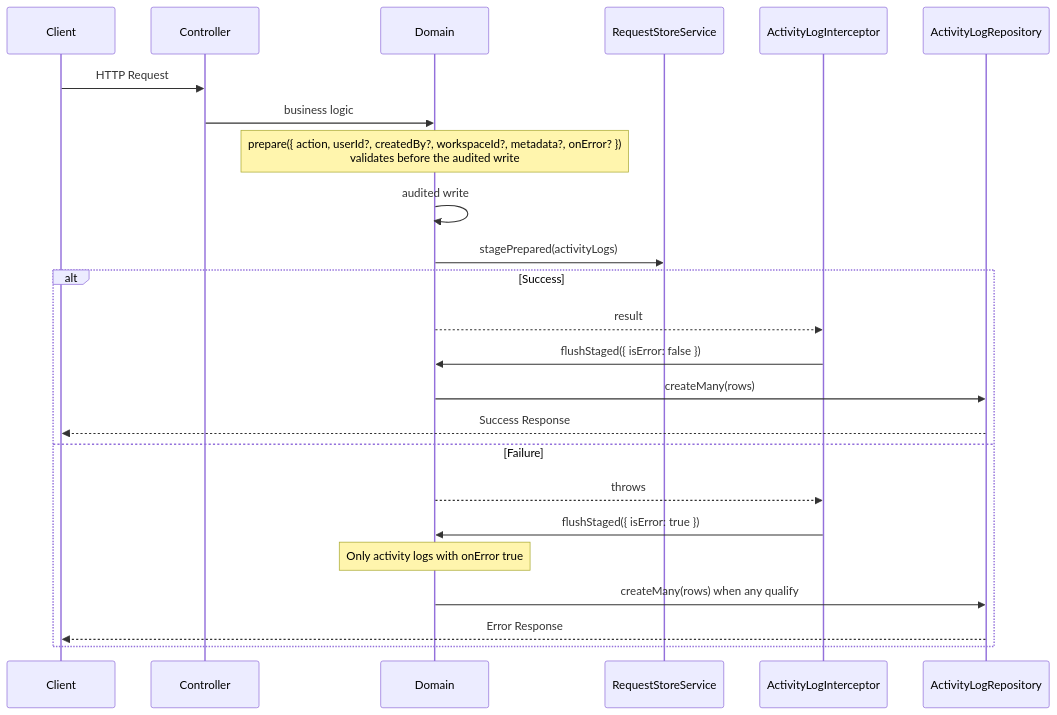
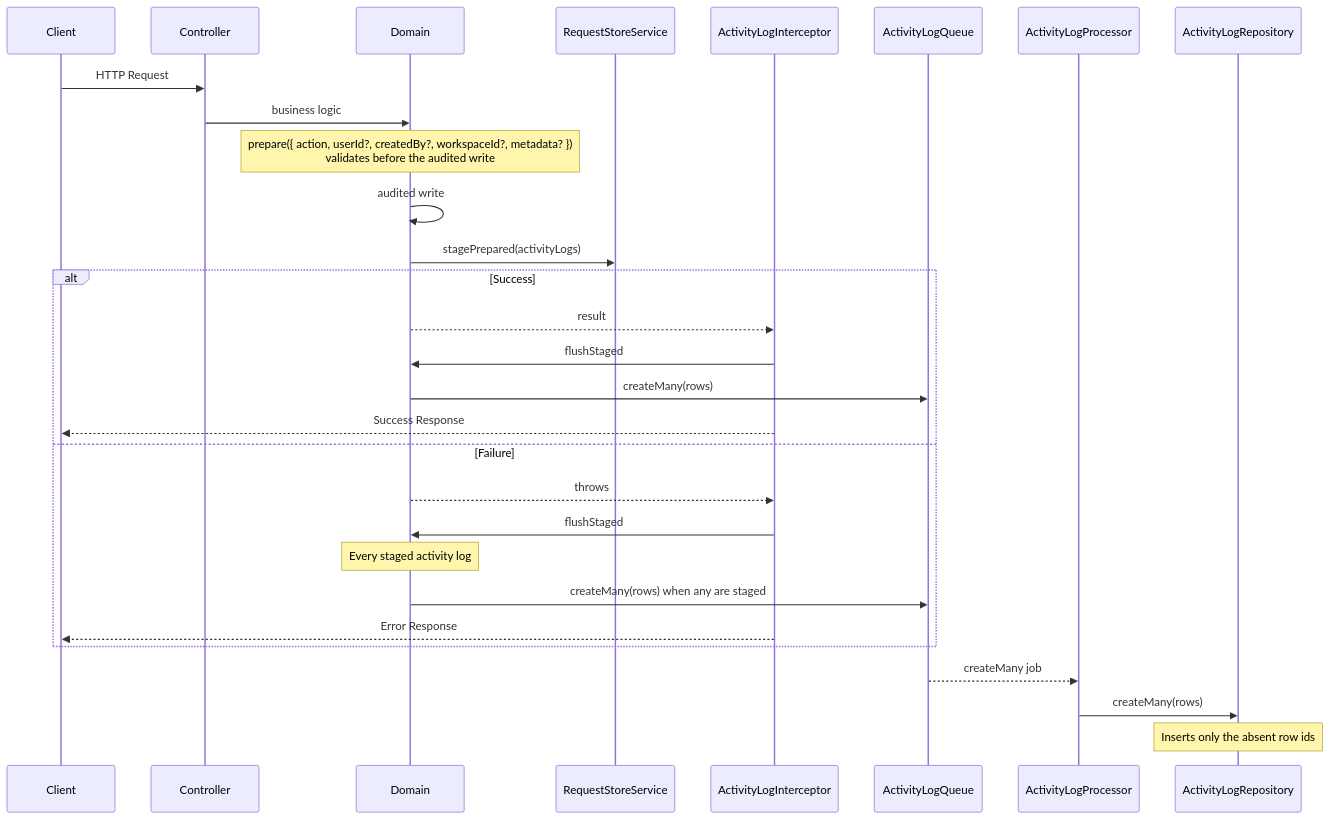
One commit to andrechristikan/ack-nestjs-boilerplate changed the first of 2 diagrams in docs/activity-log.md. Above: the diagram before and after it, drawn with Mermaid. The commit also changed other lines of this file and 340 other files, not shown here.

````diff
--- a/docs/activity-log.md
+++ b/docs/activity-log.md
@@ -129,27 +133,32 @@
 ```mermaid
 sequenceDiagram
     participant Client
     participant Controller
     participant Domain
     participant Storage as RequestStoreService
     participant Interceptor as ActivityLogInterceptor
+    participant Queue as ActivityLogQueue
+    participant Processor as ActivityLogProcessor
     participant Repo as ActivityLogRepository
 
     Client->>Controller: HTTP Request
     Controller->>Domain: business logic
-    Note over Domain: prepare({ action, userId?, createdBy?, workspaceId?, metadata?, onError? })<br/>validates before the audited write
+    Note over Domain: prepare({ action, userId?, createdBy?, workspaceId?, metadata? })<br/>validates before the audited write
     Domain->>Domain: audited write
     Domain->>Storage: stagePrepared(activityLogs)
     alt Success
         Domain-->>Interceptor: result
-        Interceptor->>Domain: flushStaged({ isError: false })
-        Domain->>Repo: createMany(rows)
-        Repo-->>Client: Success Response
+        Interceptor->>Domain: flushStaged
+        Domain->>Queue: createMany(rows)
+        Interceptor-->>Client: Success Response
     else Failure
         Domain-->>Interceptor: throws
-        Interceptor->>Domain: flushStaged({ isError: true })
-        Note over Domain: Only activity logs with onError true
-        Domain->>Repo: createMany(rows) when any qualify
-        Repo-->>Client: Error Response
+        Interceptor->>Domain: flushStaged
+        Note over Domain: Every staged activity log
+        Domain->>Queue: createMany(rows) when any are staged
+        Interceptor-->>Client: Error Response
     end
+    Queue-->>Processor: createMany job
+    Processor->>Repo: createMany(rows)
+    Note over Repo: Inserts only the absent row ids
 ```
````
